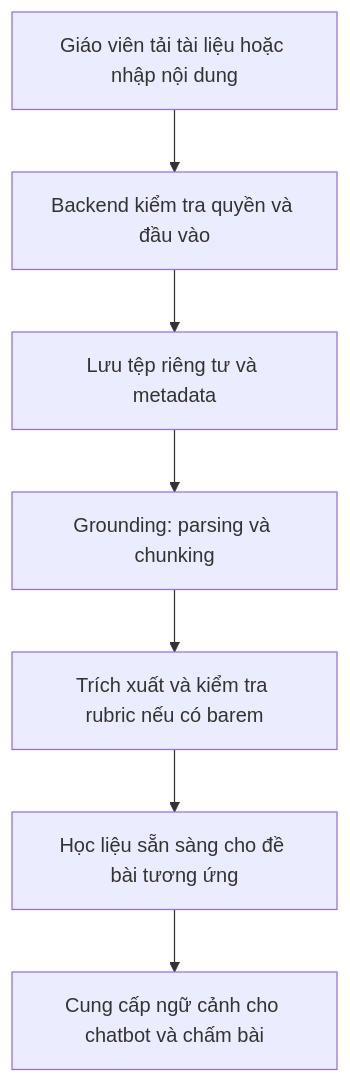
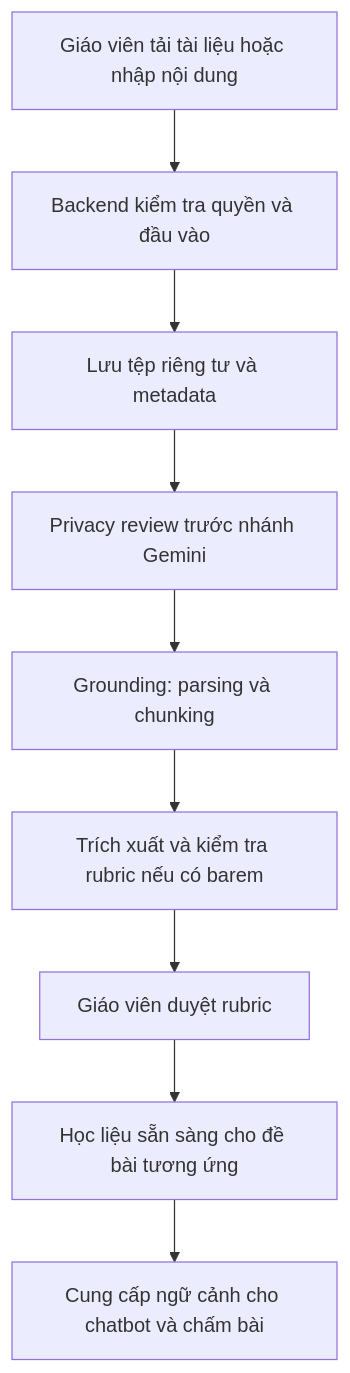
Before and after one commit to Dang-Huy1910/EduLit-AI: the first of 2 diagrams in docs/architecture/knowledge-and-chatbot.md, drawn with Mermaid. The commit also changed other lines of this file and 17 other files, not shown here.

Commit message:
docs(architecture): add MVP system design, ADR-0001, Gemini pipeline, and implementation roadmap

````diff
--- a/docs/architecture/knowledge-and-chatbot.md
+++ b/docs/architecture/knowledge-and-chatbot.md
@@ -27,9 +27,11 @@
 ```mermaid
 flowchart TD
     A[Giáo viên tải tài liệu hoặc nhập nội dung] --> B[Backend kiểm tra quyền và đầu vào]
     B --> C[Lưu tệp riêng tư và metadata]
-    C --> D[Grounding: parsing và chunking]
+    C --> P[Privacy review trước nhánh Gemini]
+    P --> D[Grounding: parsing và chunking]
     D --> E[Trích xuất và kiểm tra rubric nếu có barem]
-    E --> F[Học liệu sẵn sàng cho đề bài tương ứng]
+    E --> R[Giáo viên duyệt rubric]
+    R --> F[Học liệu sẵn sàng cho đề bài tương ứng]
     F --> G[Cung cấp ngữ cảnh cho chatbot và chấm bài]
 ```
````
